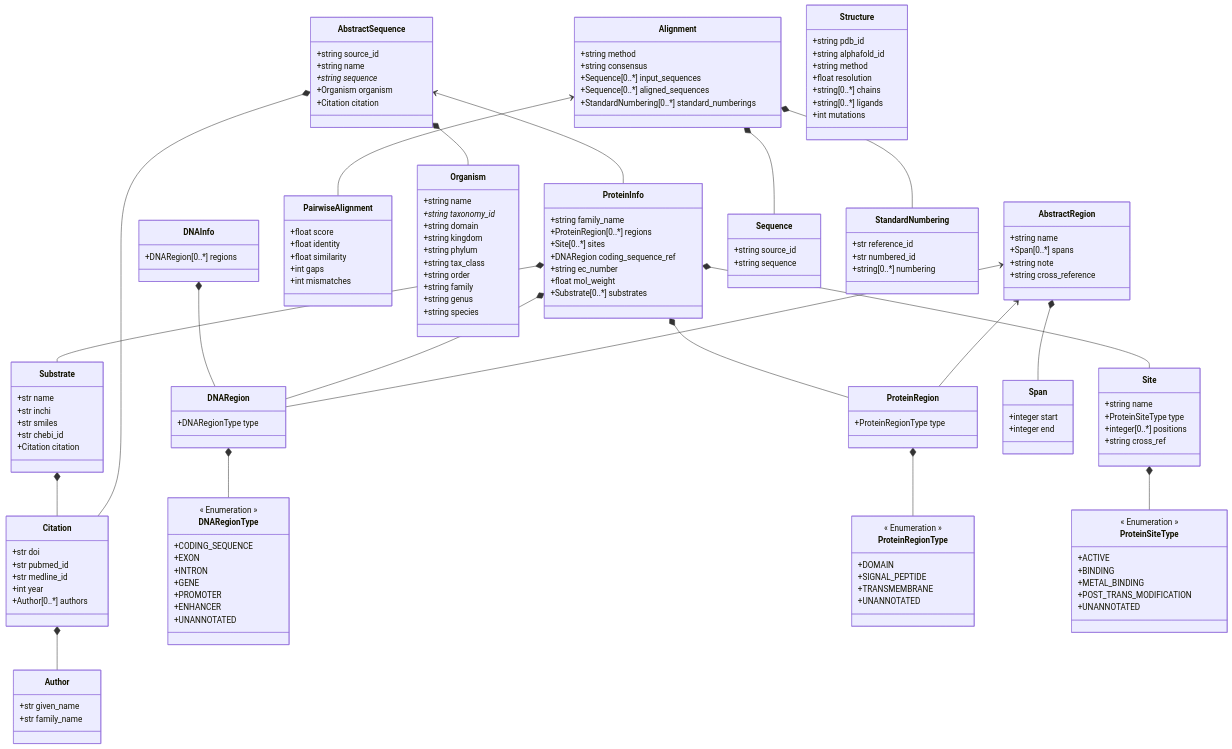
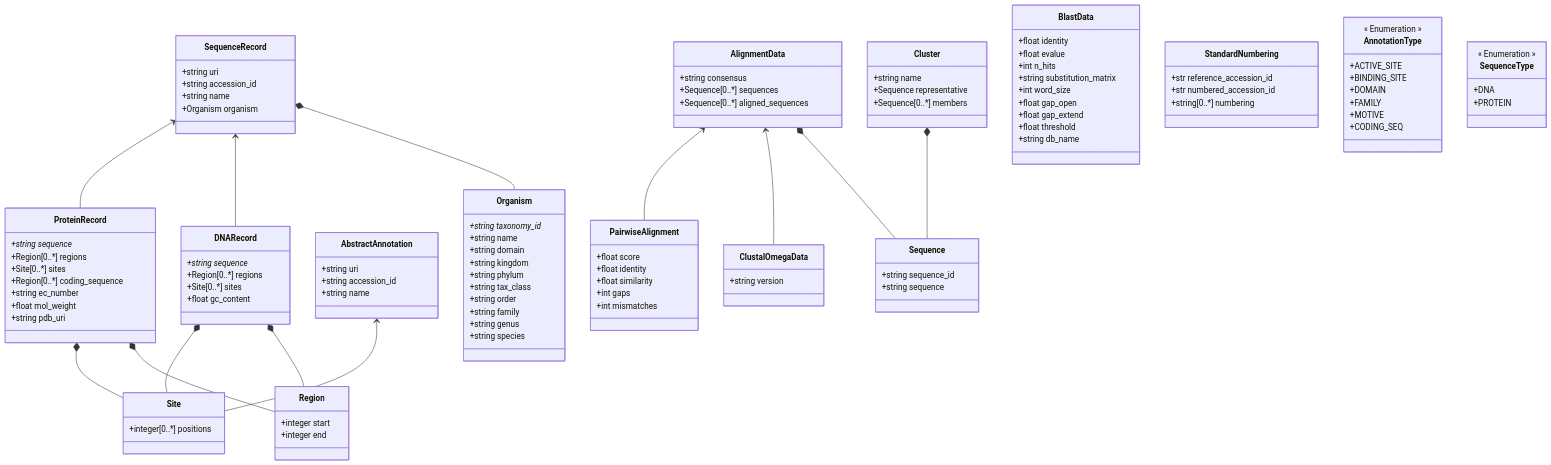
Before and after one commit to PyEED/pyeed: the diagram in pyeed/schemes/pyeed_schema.md, drawn with Mermaid. The commit also changed 72 other files, not shown here.

````diff
--- a/pyeed/schemes/pyeed_schema.md
+++ b/pyeed/schemes/pyeed_schema.md
@@ -1,108 +1,60 @@
 ```mermaid
 classDiagram
-    AbstractSequence <-- ProteinInfo
-    AbstractRegion <-- DNARegion
-    AbstractRegion <-- ProteinRegion
-    Alignment <-- PairwiseAlignment
-    AbstractSequence *-- Citation
-    AbstractSequence *-- Organism
-    ProteinInfo *-- Substrate
-    ProteinInfo *-- DNARegion
-    ProteinInfo *-- ProteinRegion
-    ProteinInfo *-- Site
-    DNAInfo *-- DNARegion
-    Citation *-- Author
-    Substrate *-- Citation
-    AbstractRegion *-- Span
-    DNARegion *-- DNARegionType
-    ProteinRegion *-- ProteinRegionType
-    Site *-- ProteinSiteType
-    Alignment *-- Sequence
-    Alignment *-- StandardNumbering
+    SequenceRecord <-- ProteinRecord
+    SequenceRecord <-- DNARecord
+    AbstractAnnotation <-- Site
+    AlignmentData <-- PairwiseAlignment
+    AlignmentData <-- ClustalOmegaData
+    SequenceRecord *-- Organism
+    ProteinRecord *-- Site
+    ProteinRecord *-- Region
+    DNARecord *-- Site
+    DNARecord *-- Region
+    Cluster *-- Sequence
+    AlignmentData *-- Sequence
     
-    class AbstractSequence {
-        +string source_id
+    class SequenceRecord {
+        +string uri
+        +string accession_id
         +string name
-        +string sequence*
         +Organism organism
-        +Citation citation
     }
     
-    class ProteinInfo {
-        +string family_name
-        +ProteinRegion[0..*] regions
+    class ProteinRecord {
+        +string sequence*
+        +Region[0..*] regions
         +Site[0..*] sites
-        +DNARegion coding_sequence_ref
+        +Region[0..*] coding_sequence
         +string ec_number
         +float mol_weight
-        +Substrate[0..*] substrates
+        +string pdb_uri
     }
     
-    class Structure {
-        +string pdb_id
-        +string alphafold_id
-        +string method
-        +float resolution
-        +string[0..*] chains
-        +string[0..*] ligands
-        +int mutations
+    class DNARecord {
+        +string sequence*
+        +Region[0..*] regions
+        +Site[0..*] sites
+        +float gc_content
     }
     
-    class DNAInfo {
-        +DNARegion[0..*] regions
+    class AbstractAnnotation {
+        +string uri
+        +string accession_id
+        +string name
     }
     
-    class Citation {
-        +str doi
-        +str pubmed_id
-        +str medline_id
-        +int year
-        +Author[0..*] authors
+    class Site {
+        +integer[0..*] positions
     }
     
-    class Author {
-        +str given_name
-        +str family_name
-    }
-    
-    class Substrate {
-        +str name
-        +str inchi
-        +str smiles
-        +str chebi_id
-        +Citation citation
-    }
-    
-    class AbstractRegion {
-        +string name
-        +Span[0..*] spans
-        +string note
-        +string cross_reference
-    }
-    
-    class DNARegion {
-        +DNARegionType type
-    }
-    
-    class ProteinRegion {
-        +ProteinRegionType type
-    }
-    
-    class Span {
+    class Region {
         +integer start
         +integer end
     }
     
-    class Site {
+    class Organism {
+        +string taxonomy_id*
         +string name
-        +ProteinSiteType type
-        +integer[0..*] positions
-        +string cross_ref
-    }
-    
-    class Organism {
-        +string name
-        +string taxonomy_id*
         +string domain
         +string kingdom
         +string phylum
@@ -113,12 +65,33 @@
         +string species
     }
     
-    class Alignment {
-        +string method
+    class BlastData {
+        +float identity
+        +float evalue
+        +int n_hits
+        +string substitution_matrix
+        +int word_size
+        +float gap_open
+        +float gap_extend
+        +float threshold
+        +string db_name
+    }
+    
+    class Cluster {
+        +string name
+        +Sequence representative
+        +Sequence[0..*] members
+    }
+    
+    class Sequence {
+        +string sequence_id
+        +string sequence
+    }
+    
+    class AlignmentData {
         +string consensus
-        +Sequence[0..*] input_sequences
+        +Sequence[0..*] sequences
         +Sequence[0..*] aligned_sequences
-        +StandardNumbering[0..*] standard_numberings
     }
     
     class PairwiseAlignment {
@@ -129,43 +102,30 @@
         +int mismatches
     }
     
-    class Sequence {
-        +string source_id
-        +string sequence
-    }
-    
     class StandardNumbering {
-        +str reference_id
-        +str numbered_id
+        +str reference_accession_id
+        +str numbered_accession_id
         +string[0..*] numbering
     }
     
-    class ProteinSiteType {
-        << Enumeration >>
-        +ACTIVE
-        +BINDING
-        +METAL_BINDING
-        +POST_TRANS_MODIFICATION
-        +UNANNOTATED
+    class ClustalOmegaData {
+        +string version
     }
     
-    class DNARegionType {
+    class AnnotationType {
         << Enumeration >>
-        +CODING_SEQUENCE
-        +EXON
-        +INTRON
-        +GENE
-        +PROMOTER
-        +ENHANCER
-        +UNANNOTATED
+        +ACTIVE_SITE
+        +BINDING_SITE
+        +DOMAIN
+        +FAMILY
+        +MOTIVE
+        +CODING_SEQ
     }
     
-    class ProteinRegionType {
+    class SequenceType {
         << Enumeration >>
-        +DOMAIN
-        +SIGNAL_PEPTIDE
-        +TRANSMEMBRANE
-        +UNANNOTATED
+        +DNA
+        +PROTEIN
     }
     
 ```
````
